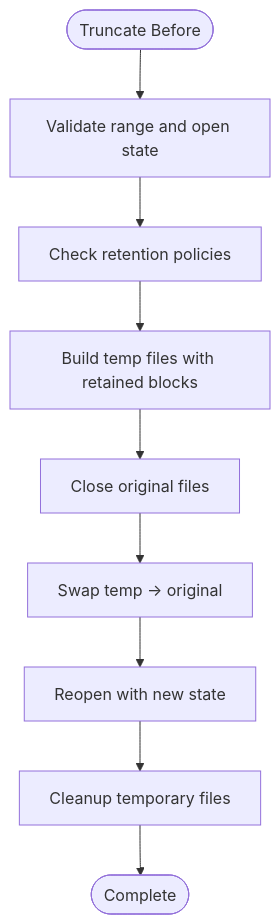
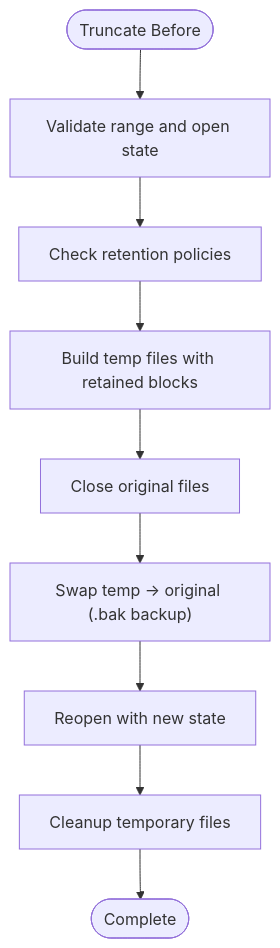
The sixth of 11 diagrams in .qoder/repowiki/en/content/Architecture Overview/Core Libraries/Chain Library/Database Management/DLT Rolling Block Log.md (VIZ-Blockchain/viz-cpp-node), drawn with Mermaid before and after one commit. The commit also changed other lines of this file and 5 other files, not shown here.

````diff
--- a/.qoder/repowiki/en/content/Architecture Overview/Core Libraries/Chain Library/Database Management/DLT Rolling Block Log.md
+++ b/.qoder/repowiki/en/content/Architecture Overview/Core Libraries/Chain Library/Database Management/DLT Rolling Block Log.md
@@ -264,11 +274,11 @@
 ```mermaid
 flowchart TD
 TStart([Truncate Before]) --> Validate["Validate range and open state"]
 Validate --> CheckRetention["Check retention policies"]
 CheckRetention --> BuildTemp["Build temp files with retained blocks"]
 BuildTemp --> CloseOrig["Close original files"]
-CloseOrig --> Swap["Swap temp -> original"]
+CloseOrig --> Swap["Swap temp -> original (.bak backup)"]
 Swap --> Reopen["Reopen with new state"]
 Reopen --> Cleanup["Cleanup temporary files"]
 Cleanup --> TEnd([Complete])
 ```
````
